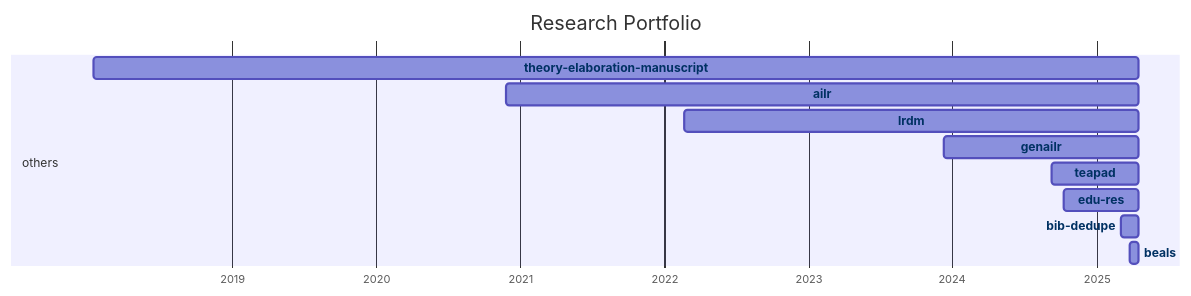
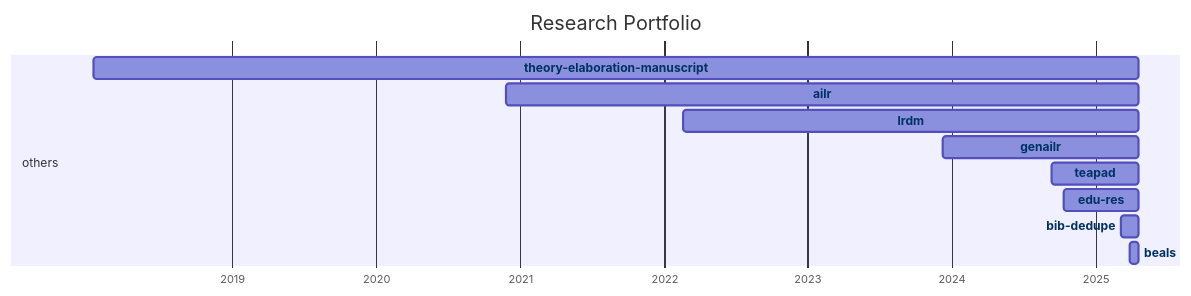
The diagram in docs/20-research/25-projects-gantt.md (digital-work-lab/handbook), drawn with Mermaid before and after one commit.

Commit message:
Update repository overview

````diff
--- a/docs/20-research/25-projects-gantt.md
+++ b/docs/20-research/25-projects-gantt.md
@@ -8,35 +8,35 @@
 ```mermaid
 ---
 displayMode: compact
 ---
 gantt
 title Research Portfolio
 dateFormat YYYY-MM-DD
 axisFormat %Y
 
     section work_practices
 
     section distributed_organizing
 
     section knowledge_synthesis
 
     section others
-        beals :beals, 2025-03-28, 2025-04-18
-        bib-dedupe :bib-dedupe, 2025-03-04, 2025-04-18
-        edu-res :edu-res, 2024-10-10, 2025-04-18
-        teapad :teapad, 2024-09-10, 2025-04-18
-        genailr :genailr, 2023-12-10, 2025-04-18
-        lrdm :lrdm, 2022-02-20, 2025-04-18
-        ailr :ailr, 2020-11-26, 2025-04-18
-        theory-elaboration-manuscript :theory-elaboration-manuscript, 2018-01-15, 2025-04-18
+        beals :beals, 2025-03-28, 2025-04-19
+        bib-dedupe :bib-dedupe, 2025-03-04, 2025-04-19
+        edu-res :edu-res, 2024-10-10, 2025-04-19
+        teapad :teapad, 2024-09-10, 2025-04-19
+        genailr :genailr, 2023-12-10, 2025-04-19
+        lrdm :lrdm, 2022-02-20, 2025-04-19
+        ailr :ailr, 2020-11-26, 2025-04-19
+        theory-elaboration-manuscript :theory-elaboration-manuscript, 2018-01-15, 2025-04-19
 
 
     click beals href "{{ site.baseurl }}/docs/20-research/25-projects/_repos/beals"
     click bib-dedupe href "{{ site.baseurl }}/docs/20-research/25-projects/_repos/bib-dedupe"
     click edu-res href "{{ site.baseurl }}/docs/20-research/25-projects/_repos/edu-res"
     click teapad href "{{ site.baseurl }}/docs/20-research/25-projects/_repos/teapad"
     click genailr href "{{ site.baseurl }}/docs/20-research/25-projects/_repos/genailr"
     click lrdm href "{{ site.baseurl }}/docs/20-research/25-projects/_repos/lrdm"
     click ailr href "{{ site.baseurl }}/docs/20-research/25-projects/_repos/ailr"
     click theory-elaboration-manuscript href "{{ site.baseurl }}/docs/20-research/25-projects/_repos/theory-elaboration-manuscript"
 ```
````
